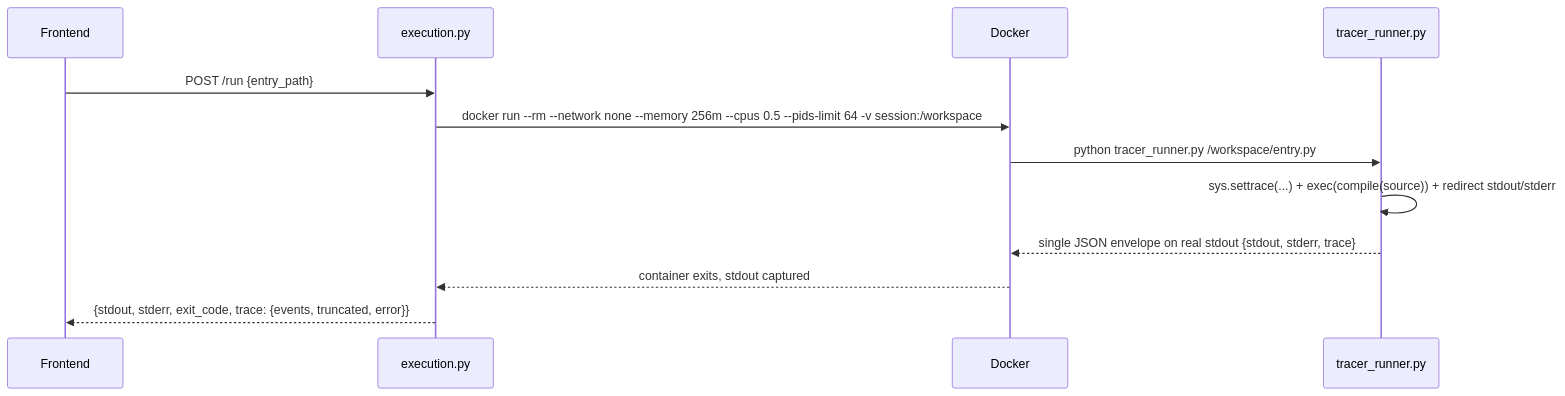
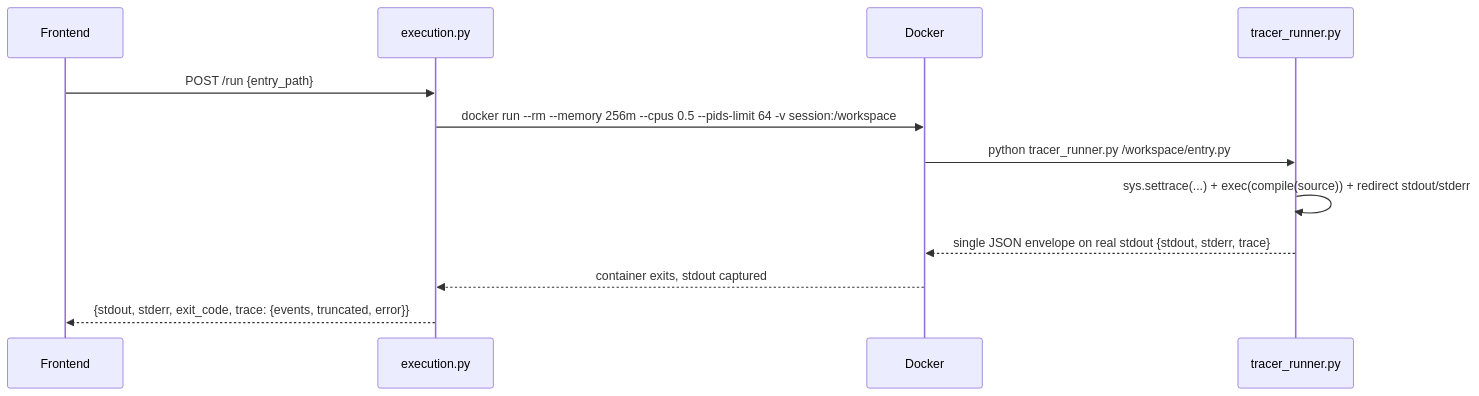
The second of 5 diagrams in SYSTEM_DESIGN.md (Rakesh-Tummala/Python_codeeditor), drawn with Mermaid before and after one commit. The commit also changed other lines of this file and 23 other files, not shown here.

````diff
--- a/SYSTEM_DESIGN.md
+++ b/SYSTEM_DESIGN.md
@@ -110,15 +110,15 @@
 ```mermaid
 sequenceDiagram
     participant FE as Frontend
     participant BE as execution.py
     participant D as Docker
     participant T as tracer_runner.py
 
     FE->>BE: POST /run {entry_path}
-    BE->>D: docker run --rm --network none --memory 256m --cpus 0.5 --pids-limit 64 -v session:/workspace
+    BE->>D: docker run --rm --memory 256m --cpus 0.5 --pids-limit 64 -v session:/workspace
     D->>T: python tracer_runner.py /workspace/entry.py
     T->>T: sys.settrace(...) + exec(compile(source)) + redirect stdout/stderr
     T-->>D: single JSON envelope on real stdout {stdout, stderr, trace}
     D-->>BE: container exits, stdout captured
     BE-->>FE: {stdout, stderr, exit_code, trace: {events, truncated, error}}
 ```
````
